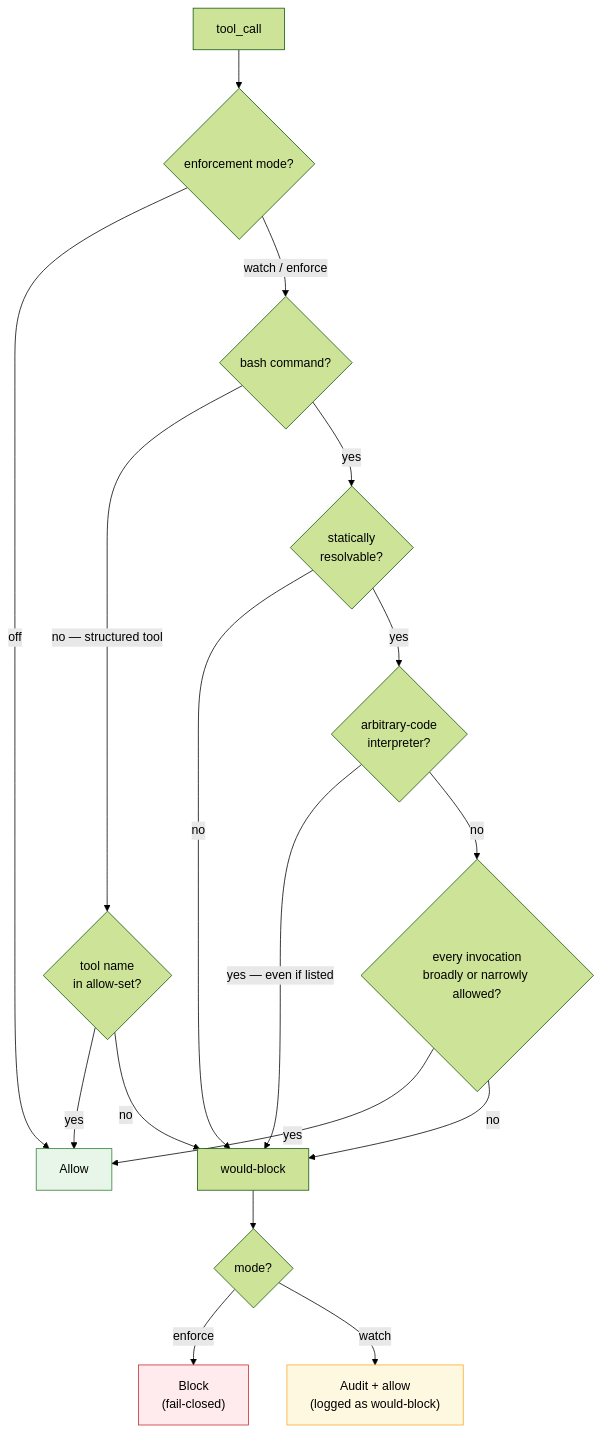
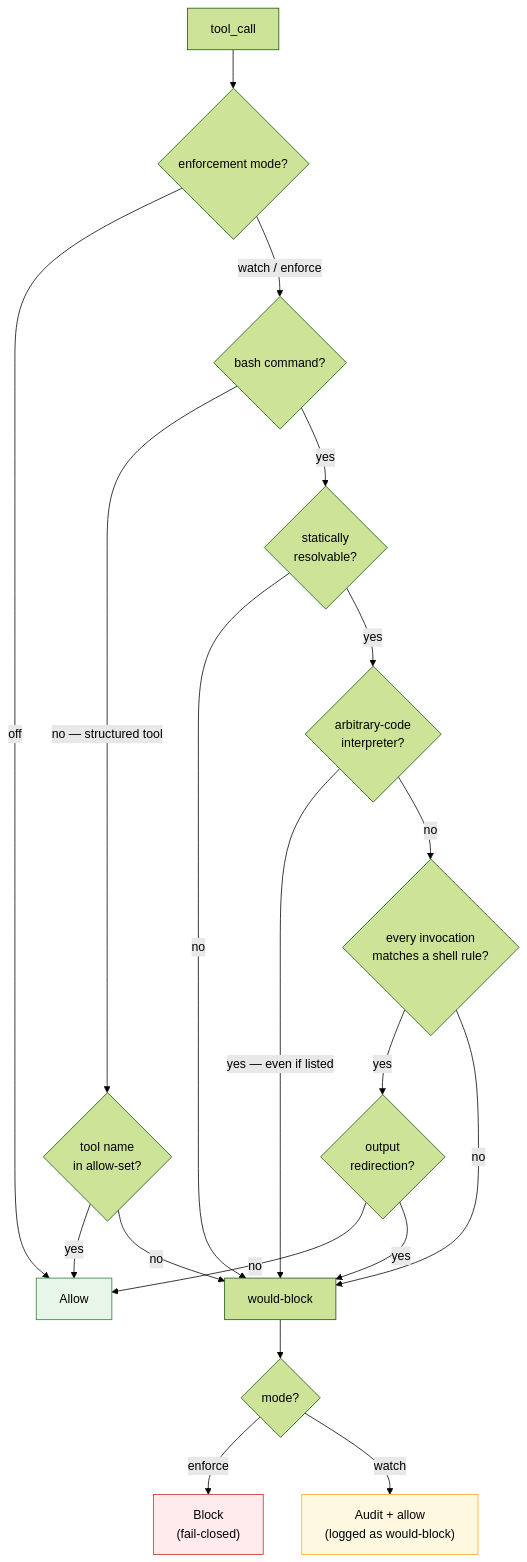
The second of 2 diagrams in docs/understand/agent-security.md (getlarge/themoltnet), drawn with Mermaid (forest theme) before and after one commit. The commit also changed other lines of this file and 1 other file, not shown here.

First line of the commit message:
docs: document shell access through shellCommands only

````diff
--- a/docs/understand/agent-security.md
+++ b/docs/understand/agent-security.md
@@ -297,22 +314,24 @@
 ```mermaid
 flowchart TD
     CALL["tool_call"] --> MODE{"enforcement mode?"}
     MODE -->|off| ALLOW["Allow"]
     MODE -->|"watch / enforce"| KIND{"bash command?"}
     KIND -->|"no — structured tool"| LISTED{"tool name<br/>in allow-set?"}
     KIND -->|yes| RES{"statically<br/>resolvable?"}
     RES -->|no| FENCE["would-block"]
     RES -->|yes| ARB{"arbitrary-code<br/>interpreter?"}
     ARB -->|"yes — even if listed"| FENCE
-    ARB -->|no| ALLEXEC{"every invocation<br/>broadly or narrowly allowed?"}
-    ALLEXEC -->|yes| ALLOW
+    ARB -->|no| ALLEXEC{"every invocation<br/>matches a shell rule?"}
+    ALLEXEC -->|yes| REDIR{"output<br/>redirection?"}
     ALLEXEC -->|no| FENCE
+    REDIR -->|no| ALLOW
+    REDIR -->|yes| FENCE
     LISTED -->|yes| ALLOW
     LISTED -->|no| FENCE
     FENCE --> FMODE{"mode?"}
     FMODE -->|enforce| BLOCK["Block<br/>(fail-closed)"]
     FMODE -->|watch| AUDIT["Audit + allow<br/>(logged as would-block)"]
     style ALLOW fill:#e8f5e9,stroke:#2E7D32
     style AUDIT fill:#fff8e1,stroke:#f9a825
     style BLOCK fill:#ffebee,stroke:#c62828
 ```
````
